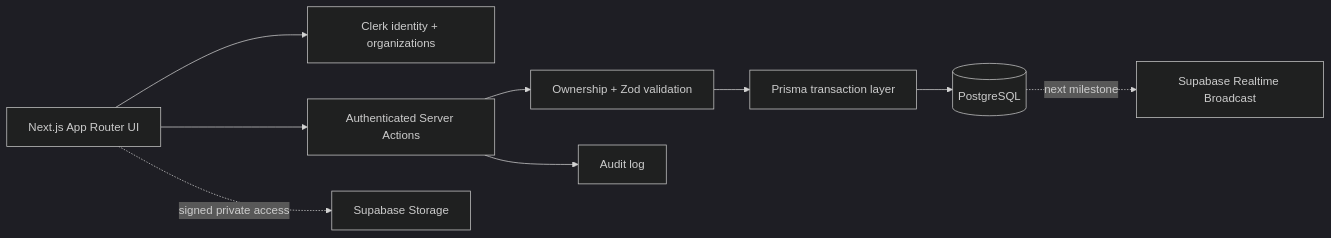
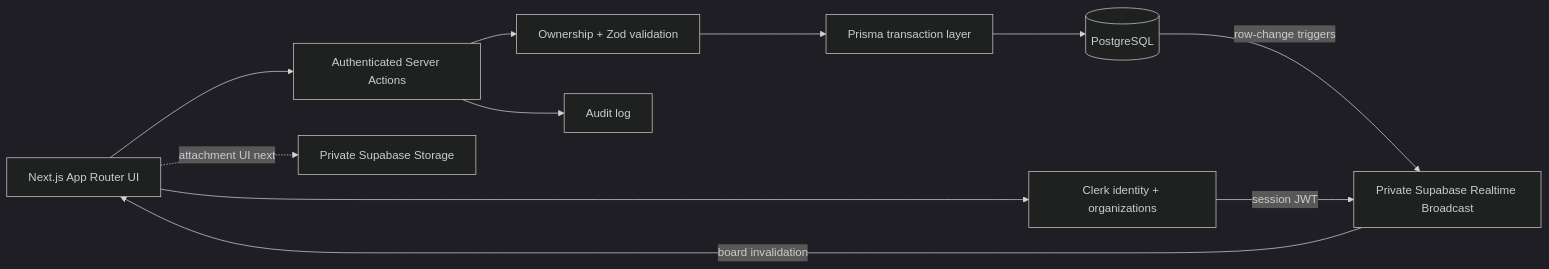
Before and after one commit to pankajverma2108/next-Taskify: the second of 2 diagrams in README.md, drawn with Mermaid (dark theme). The commit also changed other lines of this file and 9 other files, not shown here.

Commit message:
feat: wire private Supabase collaboration

````diff
--- a/README.md
+++ b/README.md
@@ -99,12 +100,14 @@
 ```mermaid
 flowchart LR
     Browser[Next.js App Router UI] --> Clerk[Clerk identity + organizations]
     Browser --> Actions[Authenticated Server Actions]
     Actions --> Guard[Ownership + Zod validation]
     Guard --> Prisma[Prisma transaction layer]
     Prisma --> Postgres[(PostgreSQL)]
     Actions --> Audit[Audit log]
 
-    Postgres -. next milestone .-> Realtime[Supabase Realtime Broadcast]
-    Browser -. signed private access .-> Storage[Supabase Storage]
+    Postgres -->|row-change triggers| Realtime[Private Supabase Realtime Broadcast]
+    Clerk -->|session JWT| Realtime
+    Realtime -->|board invalidation| Browser
+    Browser -. attachment UI next .-> Storage[Private Supabase Storage]
 ```
````
